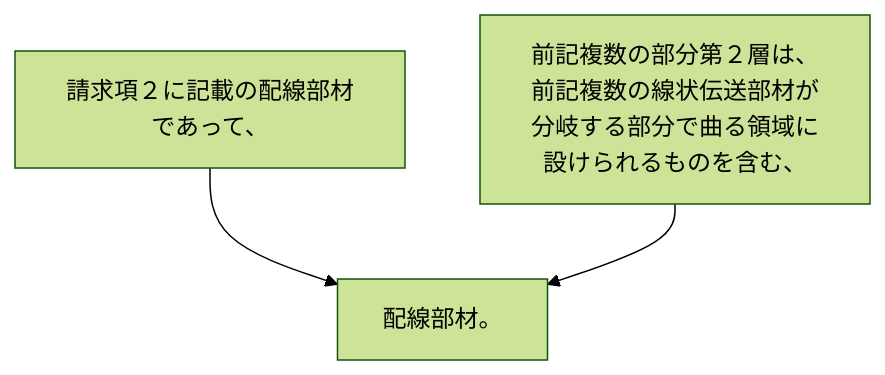
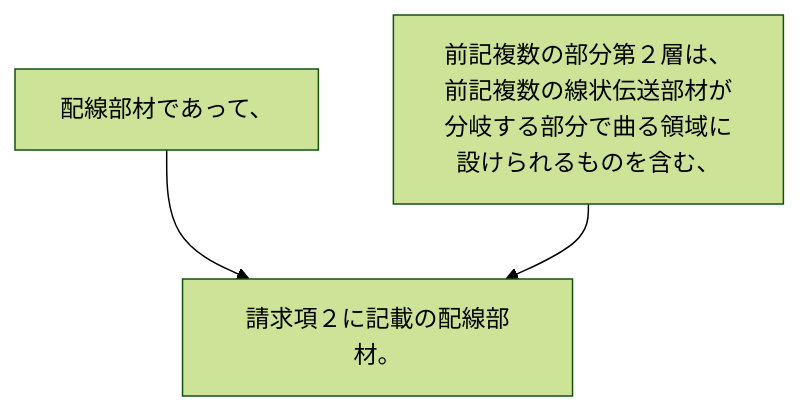
One commit to shinmori55/patent_analyzed changed the diagram in 2024/JP2024001238A/claim_3/README.md. Above: the diagram before and after it, drawn with Mermaid (forest theme). The commit also changed 336 other files, not shown here.

````diff
--- a/2024/JP2024001238A/claim_3/README.md
+++ b/2024/JP2024001238A/claim_3/README.md
@@ -3,8 +3,8 @@
 ```mermaid
 flowchart TD
-A[請求項２に記載の配線部材であって、]
+A[配線部材であって、]
 B[前記複数の部分第２層は、前記複数の線状伝送部材が分岐する部分で曲る領域に設けられるものを含む、]
-C[配線部材。]
+C[請求項２に記載の配線部材。]
 A --> C
 B --> C
 ```
````
